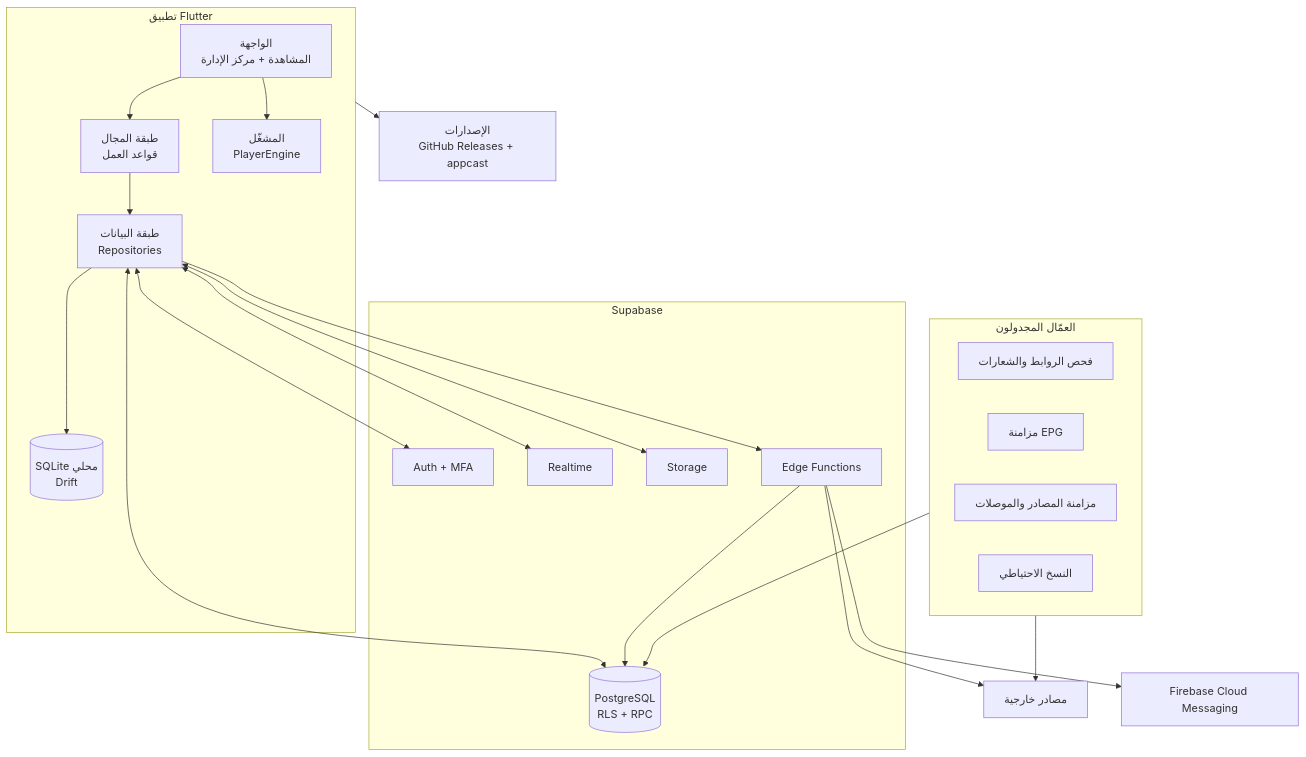
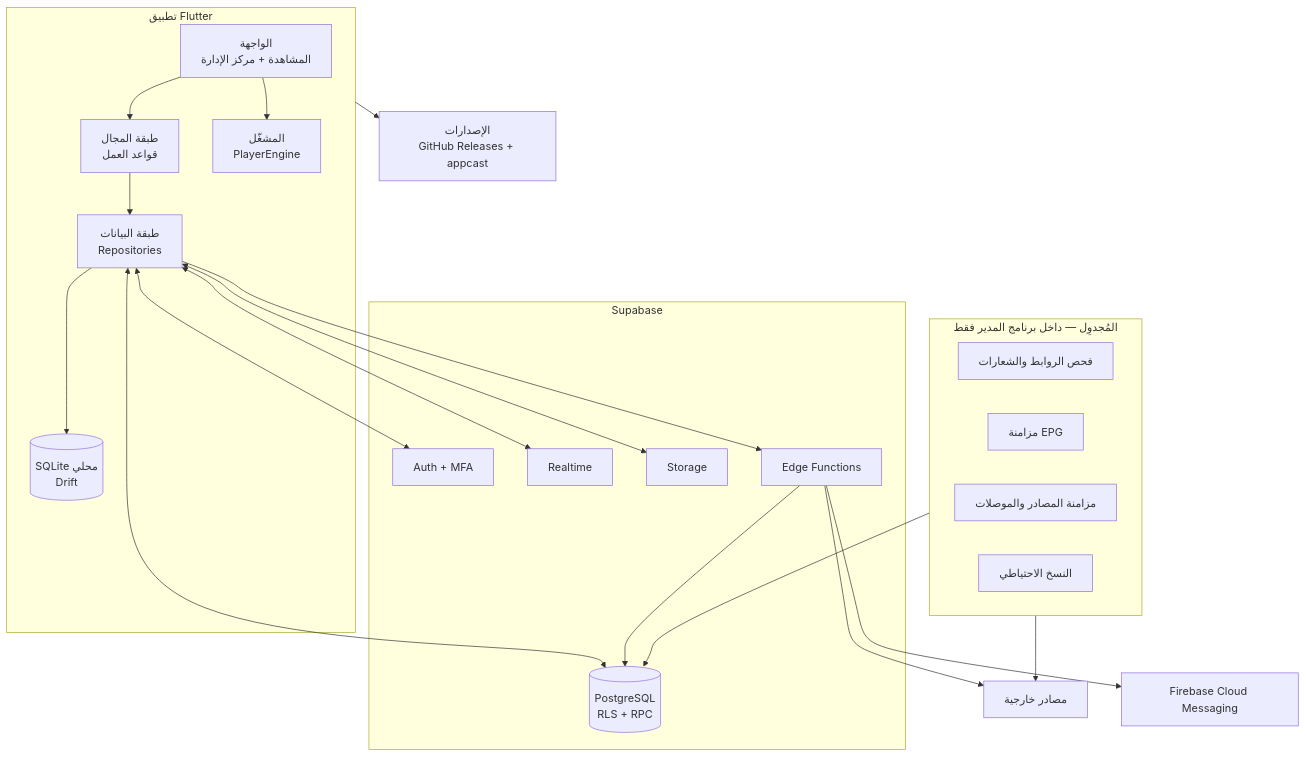
Before and after one commit to AneesAdwan/MTC-iPTv: the third of 6 diagrams in mtc_iptv/docs/MASTER_SPEC.md, drawn with Mermaid. The commit also changed other lines of this file and 190 other files, not shown here.

````diff
--- a/mtc_iptv/docs/MASTER_SPEC.md
+++ b/mtc_iptv/docs/MASTER_SPEC.md
@@ -1158,44 +1197,44 @@
 ```mermaid
 flowchart TB
   subgraph Client["تطبيق Flutter"]
     UI["الواجهة<br/>المشاهدة + مركز الإدارة"]
     DOM["طبقة المجال<br/>قواعد العمل"]
     DATA["طبقة البيانات<br/>Repositories"]
     LOCAL[("SQLite محلي<br/>Drift")]
     PLAYER["المشغّل<br/>PlayerEngine"]
     UI --> DOM --> DATA
     DATA --> LOCAL
     UI --> PLAYER
   end
 
   subgraph Supabase["Supabase"]
     AUTH["Auth + MFA"]
     PG[("PostgreSQL<br/>RLS + RPC")]
     RT["Realtime"]
     ST["Storage"]
     EF["Edge Functions"]
   end
 
-  subgraph Workers["العمّال المجدولون"]
+  subgraph Sched["المُجدوِل — داخل برنامج المدير فقط"]
     W1["فحص الروابط والشعارات"]
     W2["مزامنة EPG"]
     W3["مزامنة المصادر والموصلات"]
     W4["النسخ الاحتياطي"]
   end
 
   EXT["مصادر خارجية"]
   FCM["Firebase Cloud Messaging"]
   REL["الإصدارات<br/>GitHub Releases + appcast"]
 
   DATA <--> AUTH
   DATA <--> PG
   DATA <--> RT
   DATA <--> ST
   DATA --> EF
   EF --> PG
   EF --> FCM
-  Workers --> PG
-  Workers --> EXT
+  Sched --> PG
+  Sched --> EXT
   EF --> EXT
   Client --> REL
 ```
````
